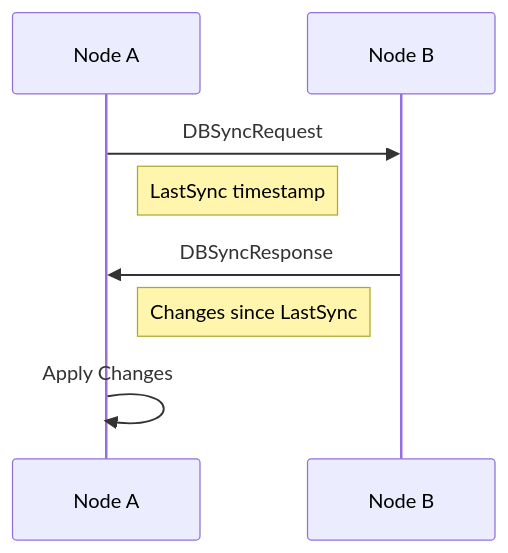
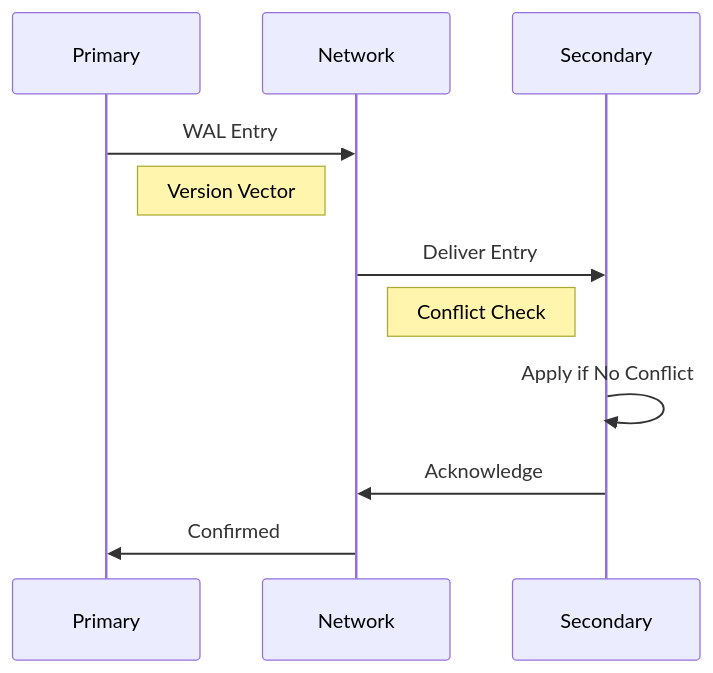
The third of 5 diagrams in ARCHITECTURE.md (Nickel5-Inc/mycelium), drawn with Mermaid before and after one commit. The commit also changed other lines of this file and 125 other files, not shown here.

````diff
--- a/ARCHITECTURE.md
+++ b/ARCHITECTURE.md
@@ -87,11 +151,14 @@
 ```mermaid
 sequenceDiagram
-    participant A as Node A
-    participant B as Node B
+    participant P as Primary
+    participant N as Network
+    participant S as Secondary
     
-    A->>B: DBSyncRequest
-    Note right of A: LastSync timestamp
-    B->>A: DBSyncResponse
-    Note left of B: Changes since LastSync
-    A->>A: Apply Changes
+    P->>N: WAL Entry
+    Note right of P: Version Vector
+    N->>S: Deliver Entry
+    Note left of S: Conflict Check
+    S->>S: Apply if No Conflict
+    S->>N: Acknowledge
+    N->>P: Confirmed
 ```
````
